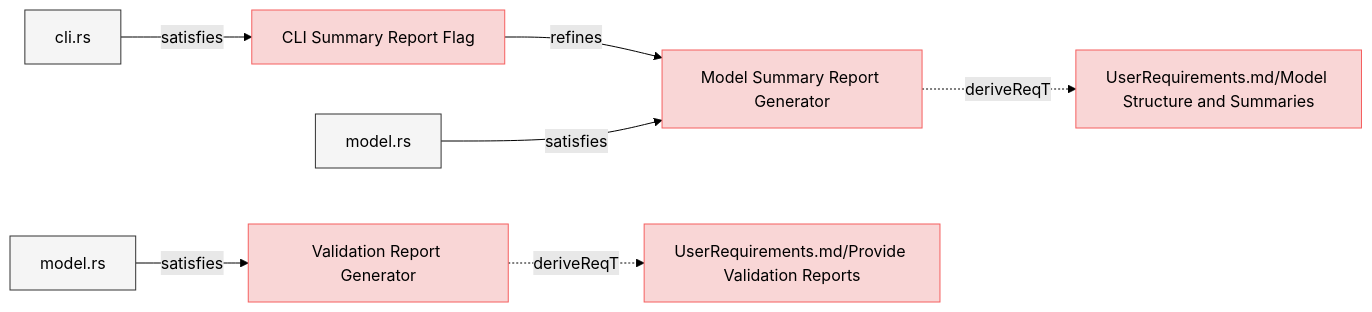
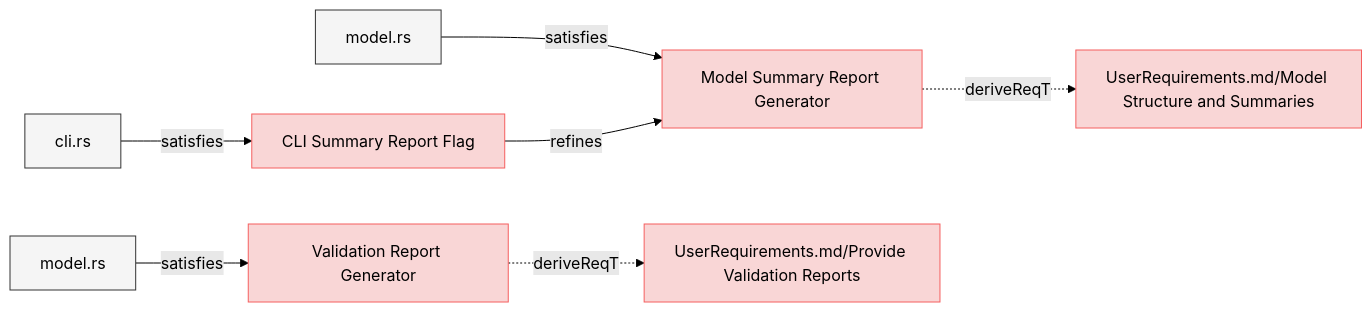
The eighth of 8 diagrams in specifications/SystemRequirements/Requirements.md (reqvire-org/reqvire), drawn with Mermaid (forest theme) before and after one commit. The commit also changed other lines of this file and 21 other files, not shown here.

````diff
--- a/specifications/SystemRequirements/Requirements.md
+++ b/specifications/SystemRequirements/Requirements.md
@@ -1067,39 +1067,39 @@
 ```mermaid
 graph LR;
   %% Graph styling
   classDef requirement fill:#f9d6d6,stroke:#f55f5f,stroke-width:1px;
   classDef verification fill:#d6f9d6,stroke:#5fd75f,stroke-width:1px;
   classDef externalLink fill:#d0e0ff,stroke:#3080ff,stroke-width:1px;
   classDef default fill:#f5f5f5,stroke:#333333,stroke-width:1px;
 
-  a3d8f2cd99b2d548["CLI Summary Report Flag"];
-  click a3d8f2cd99b2d548 "https://github.com/ilijaljubicic/Reqvire/blob/8a68ca1eab81bac7964085e47777a0a92447c6a5/specifications/SystemRequirements/Requirements.md#cli-summary-report-flag";
-  class a3d8f2cd99b2d548 requirement;
-  a11c0dbb7acf27ea["Model Summary Report Generator"];
-  class a11c0dbb7acf27ea requirement;
-  click a11c0dbb7acf27ea "https://github.com/ilijaljubicic/Reqvire/blob/8a68ca1eab81bac7964085e47777a0a92447c6a5/specifications/SystemRequirements/Requirements.md#model-summary-report-generator";
-  a3d8f2cd99b2d548 -->|refines| a11c0dbb7acf27ea;
-  5fe26772336463bc["cli.rs"];
-  class 5fe26772336463bc default;
-  click 5fe26772336463bc "https://github.com/ilijaljubicic/Reqvire/blob/8a68ca1eab81bac7964085e47777a0a92447c6a5/cli/src/cli.rs";
-  5fe26772336463bc -->|satisfies| a3d8f2cd99b2d548;
-  bbe607150e40021c["Validation Report Generator"];
-  click bbe607150e40021c "https://github.com/ilijaljubicic/Reqvire/blob/8a68ca1eab81bac7964085e47777a0a92447c6a5/specifications/SystemRequirements/Requirements.md#validation-report-generator";
-  class bbe607150e40021c requirement;
-  e1f6859d4a4ea65b["UserRequirements.md/Provide Validation Reports"];
-  class e1f6859d4a4ea65b requirement;
-  click e1f6859d4a4ea65b "https://github.com/ilijaljubicic/Reqvire/blob/8a68ca1eab81bac7964085e47777a0a92447c6a5/specifications/UserRequirements.md#provide-validation-reports";
-  bbe607150e40021c -.->|deriveReqT| e1f6859d4a4ea65b;
-  2671722513a08b18["model.rs"];
-  class 2671722513a08b18 default;
-  click 2671722513a08b18 "https://github.com/ilijaljubicic/Reqvire/blob/8a68ca1eab81bac7964085e47777a0a92447c6a5/core/src/model.rs";
-  2671722513a08b18 -->|satisfies| bbe607150e40021c;
-  9774a66acb48024c["UserRequirements.md/Model Structure and Summaries"];
-  class 9774a66acb48024c requirement;
-  click 9774a66acb48024c "https://github.com/ilijaljubicic/Reqvire/blob/8a68ca1eab81bac7964085e47777a0a92447c6a5/specifications/UserRequirements.md#model-structure-and-summaries";
-  a11c0dbb7acf27ea -.->|deriveReqT| 9774a66acb48024c;
-  e07a26f0a7c1e1db["model.rs"];
-  class e07a26f0a7c1e1db default;
-  click e07a26f0a7c1e1db "https://github.com/ilijaljubicic/Reqvire/blob/8a68ca1eab81bac7964085e47777a0a92447c6a5/core/src/reports.rs";
-  e07a26f0a7c1e1db -->|satisfies| a11c0dbb7acf27ea;
+  ce120a0d16cf2475["Model Summary Report Generator"];
+  click ce120a0d16cf2475 "https://github.com/Reqvire/reqvire/blob/f18e52f9f88c64f67a79abc4e93eb74b3ec22615/specifications/SystemRequirements/Requirements.md#model-summary-report-generator";
+  class ce120a0d16cf2475 requirement;
+  40de7485b25294["UserRequirements.md/Model Structure and Summaries"];
+  class 40de7485b25294 requirement;
+  click 40de7485b25294 "https://github.com/Reqvire/reqvire/blob/f18e52f9f88c64f67a79abc4e93eb74b3ec22615/specifications/UserRequirements.md#model-structure-and-summaries";
+  ce120a0d16cf2475 -.->|deriveReqT| 40de7485b25294;
+  11a8fc49a87327fe["model.rs"];
+  class 11a8fc49a87327fe default;
+  click 11a8fc49a87327fe "https://github.com/Reqvire/reqvire/blob/f18e52f9f88c64f67a79abc4e93eb74b3ec22615/core/src/reports.rs";
+  11a8fc49a87327fe -->|satisfies| ce120a0d16cf2475;
+  d376638ec1fbd6e9["Validation Report Generator"];
+  click d376638ec1fbd6e9 "https://github.com/Reqvire/reqvire/blob/f18e52f9f88c64f67a79abc4e93eb74b3ec22615/specifications/SystemRequirements/Requirements.md#validation-report-generator";
+  class d376638ec1fbd6e9 requirement;
+  2d3cfde19fc6bb79["UserRequirements.md/Provide Validation Reports"];
+  class 2d3cfde19fc6bb79 requirement;
+  click 2d3cfde19fc6bb79 "https://github.com/Reqvire/reqvire/blob/f18e52f9f88c64f67a79abc4e93eb74b3ec22615/specifications/UserRequirements.md#provide-validation-reports";
+  d376638ec1fbd6e9 -.->|deriveReqT| 2d3cfde19fc6bb79;
+  36fd2b1e82621caf["model.rs"];
+  class 36fd2b1e82621caf default;
+  click 36fd2b1e82621caf "https://github.com/Reqvire/reqvire/blob/f18e52f9f88c64f67a79abc4e93eb74b3ec22615/core/src/model.rs";
+  36fd2b1e82621caf -->|satisfies| d376638ec1fbd6e9;
+  a8725672889ea322["CLI Summary Report Flag"];
+  click a8725672889ea322 "https://github.com/Reqvire/reqvire/blob/f18e52f9f88c64f67a79abc4e93eb74b3ec22615/specifications/SystemRequirements/Requirements.md#cli-summary-report-flag";
+  class a8725672889ea322 requirement;
+  a8725672889ea322 -->|refines| ce120a0d16cf2475;
+  2f21d2133dbfd205["cli.rs"];
+  class 2f21d2133dbfd205 default;
+  click 2f21d2133dbfd205 "https://github.com/Reqvire/reqvire/blob/f18e52f9f88c64f67a79abc4e93eb74b3ec22615/cli/src/cli.rs";
+  2f21d2133dbfd205 -->|satisfies| a8725672889ea322;
 ```
````
